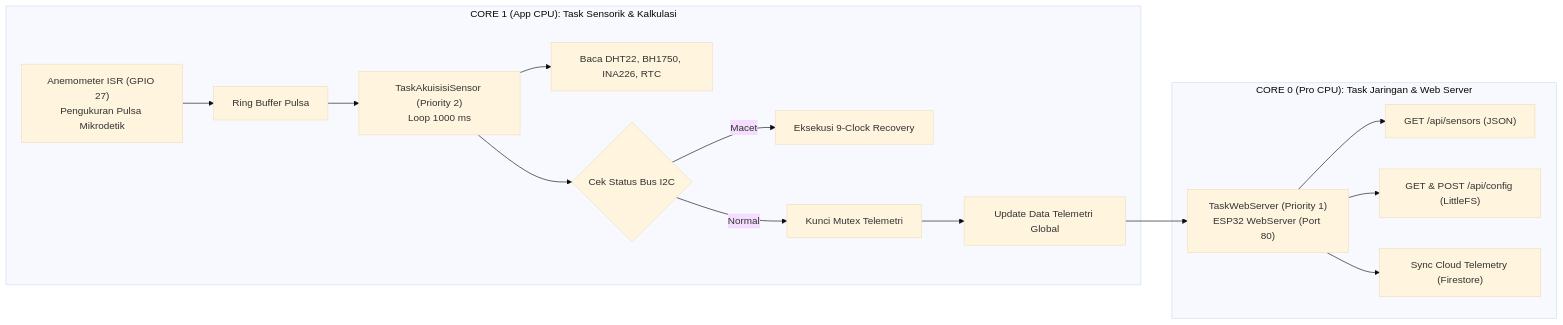
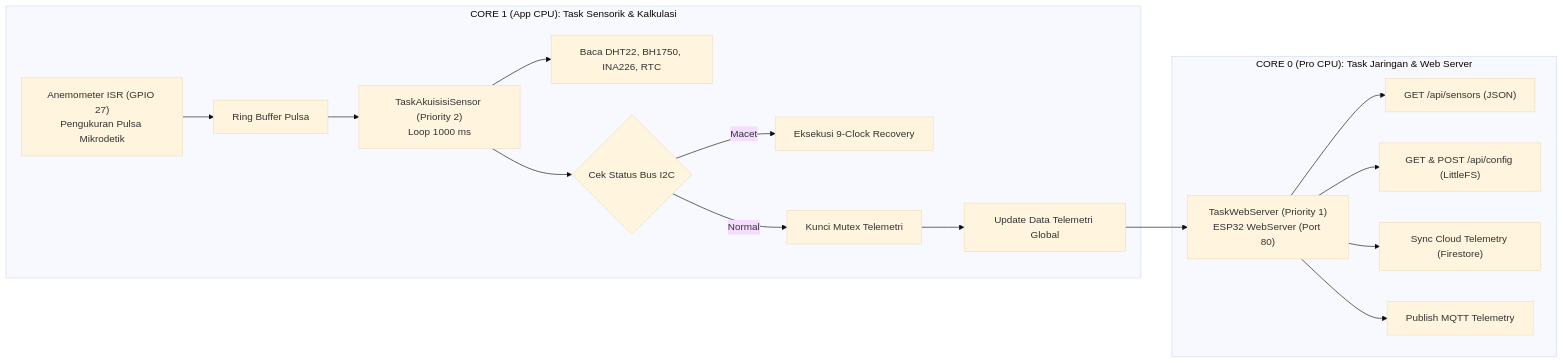
The diagram in docs/laporan/02_FIRMWARE_DAN_EMBEDDED_SYSTEM.md (ghiffa08/weather-station-agrinex), drawn with Mermaid (base theme) before and after one commit. The commit also changed other lines of this file and 17 other files, not shown here.

````diff
--- a/docs/laporan/02_FIRMWARE_DAN_EMBEDDED_SYSTEM.md
+++ b/docs/laporan/02_FIRMWARE_DAN_EMBEDDED_SYSTEM.md
@@ -36,20 +66,21 @@
 ```mermaid
 flowchart LR
     subgraph Core1["CORE 1 (App CPU): Task Sensorik & Kalkulasi"]
         ISR["Anemometer ISR (GPIO 27)<br/>Pengukuran Pulsa Mikrodetik"] --> Q["Ring Buffer Pulsa"]
         T_Sensor["TaskAkuisisiSensor (Priority 2)<br/>Loop 1000 ms"] --> SensorRead["Baca DHT22, BH1750, INA226, RTC"]
         Q --> T_Sensor
         T_Sensor --> BusCheck{"Cek Status Bus I2C"}
         BusCheck -- Macet --> Recovery["Eksekusi 9-Clock Recovery"]
         BusCheck -- Normal --> MutexLock["Kunci Mutex Telemetri"]
         MutexLock --> TelemetryStruct["Update Data Telemetri Global"]
     end
 
     subgraph Core0["CORE 0 (Pro CPU): Task Jaringan & Web Server"]
         WebServer["TaskWebServer (Priority 1)<br/>ESP32 WebServer (Port 80)"]
         TelemetryStruct --> WebServer
         WebServer --> EP_Sensors["GET /api/sensors (JSON)"]
         WebServer --> EP_Config["GET & POST /api/config (LittleFS)"]
         WebServer --> CloudSync["Sync Cloud Telemetry (Firestore)"]
+        WebServer --> MqttPublish["Publish MQTT Telemetry"]
     end
 ```
````
